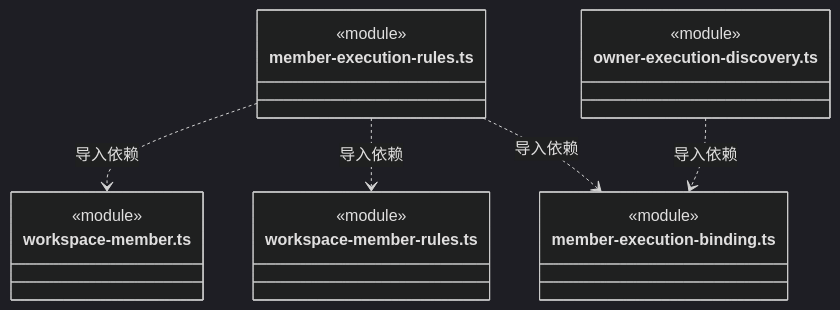
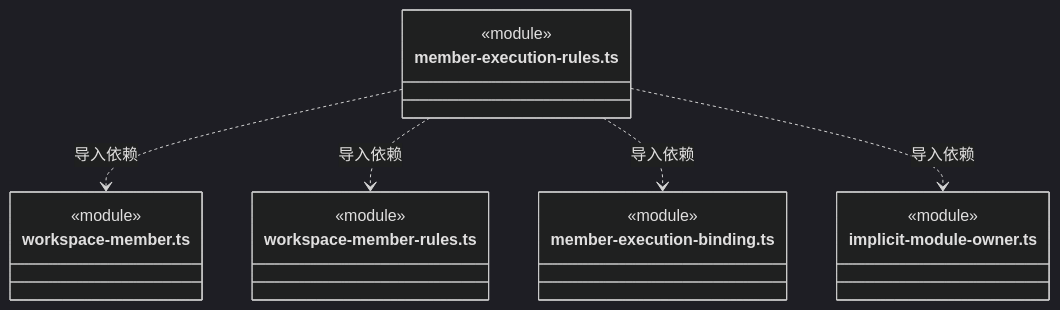
Diagram 29 of 31 in src/backend/core/team/ARCHITECTURE.md (nan023062/cbim), drawn with Mermaid (dark theme) before and after one commit. The commit also changed other lines of this file and 62 other files, not shown here.

First line of the commit message:
feat: resolve implicit owners and unify architecture governance views

````diff
--- a/src/backend/core/team/ARCHITECTURE.md
+++ b/src/backend/core/team/ARCHITECTURE.md
@@ -663,22 +681,22 @@
 ```mermaid
 classDiagram
 class N_src_backend_core_team_member_execution_rules_ts["member-execution-rules.ts"] {
   <<module>>
 }
 class N_src_backend_core_team_workspace_member_ts["workspace-member.ts"] {
   <<module>>
 }
 class N_src_backend_core_team_workspace_member_rules_ts["workspace-member-rules.ts"] {
   <<module>>
 }
 class N_src_backend_core_team_member_execution_binding_ts["member-execution-binding.ts"] {
   <<module>>
 }
-class N_src_backend_core_team_owner_execution_discovery_ts["owner-execution-discovery.ts"] {
+class N_src_backend_core_team_implicit_module_owner_ts["implicit-module-owner.ts"] {
   <<module>>
 }
 N_src_backend_core_team_member_execution_rules_ts ..> N_src_backend_core_team_workspace_member_ts : 导入依赖
 N_src_backend_core_team_member_execution_rules_ts ..> N_src_backend_core_team_workspace_member_rules_ts : 导入依赖
 N_src_backend_core_team_member_execution_rules_ts ..> N_src_backend_core_team_member_execution_binding_ts : 导入依赖
-N_src_backend_core_team_owner_execution_discovery_ts ..> N_src_backend_core_team_member_execution_binding_ts : 导入依赖
+N_src_backend_core_team_member_execution_rules_ts ..> N_src_backend_core_team_implicit_module_owner_ts : 导入依赖
 ```
````
